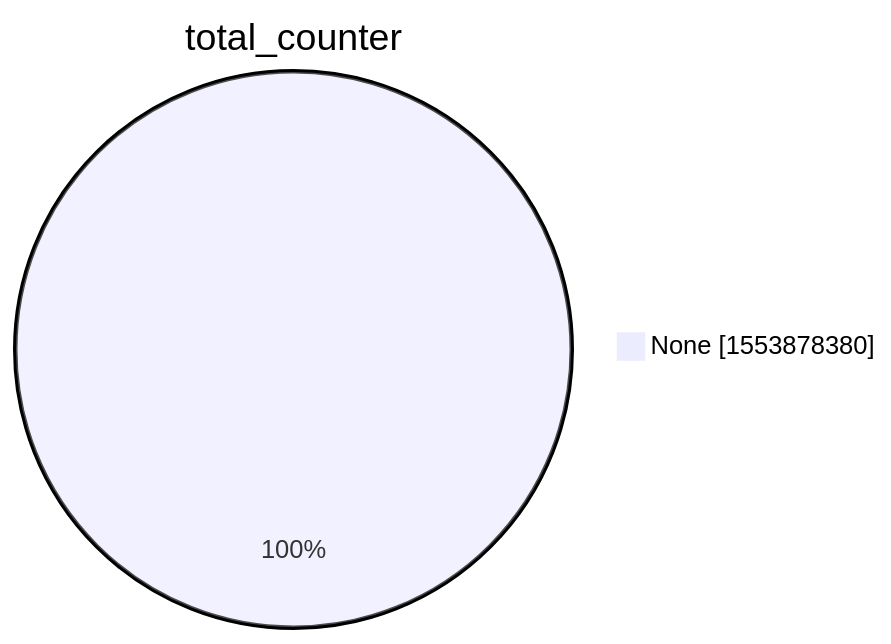
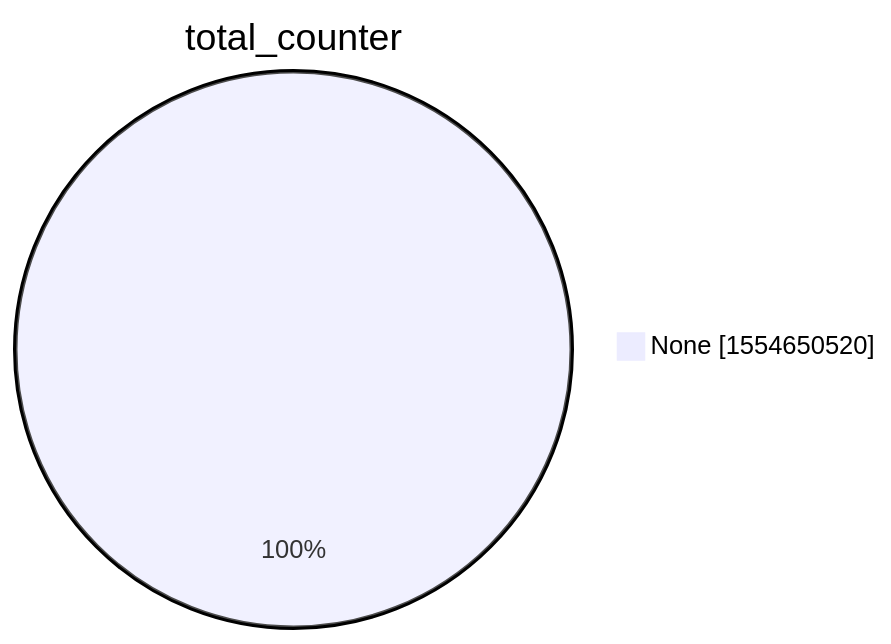
Before and after one commit to christiankrug/ctmonitor_visualization: the second of 15 diagrams in xenon2022/README.md, drawn with Mermaid. The commit also changed other lines of this file, not shown here.

````diff
--- a/xenon2022/README.md
+++ b/xenon2022/README.md
@@ -9,5 +9,5 @@
 ```mermaid
 pie showData
 title total_counter
-"None" :1553878380
+"None" :1554650520
 ```
````
